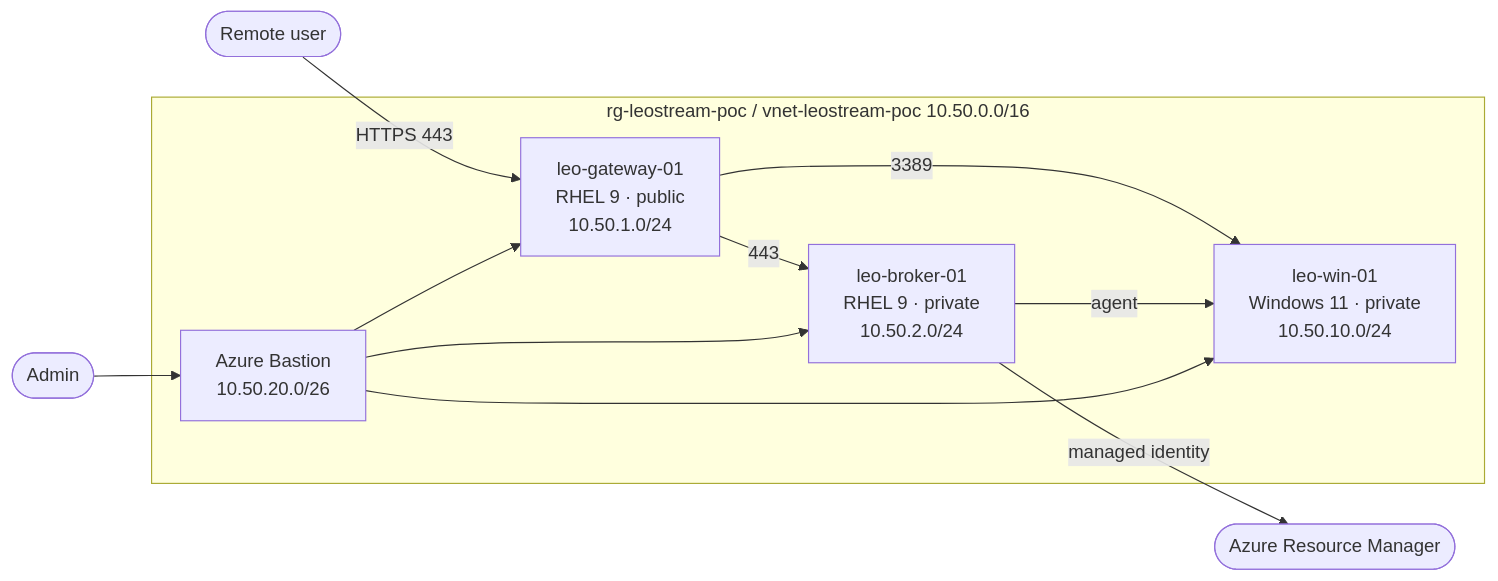
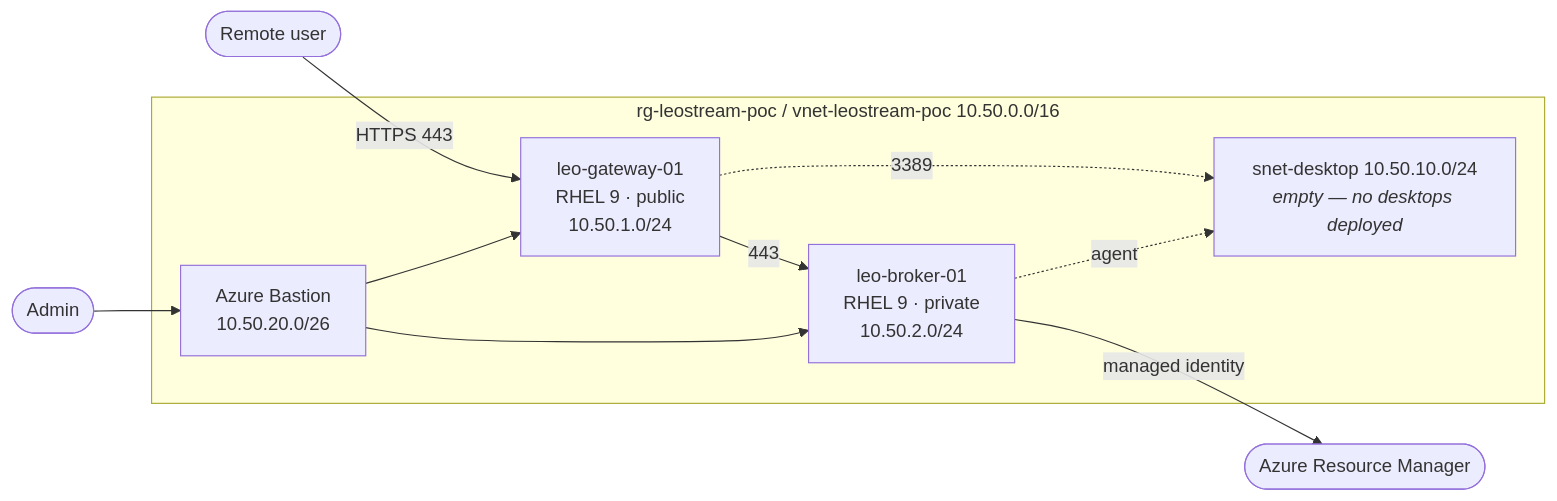
One commit to mehmetkadriumay/leostream-azure-poc changed the diagram in README.md. Above: the diagram before and after it, drawn with Mermaid. The commit also changed other lines of this file and 7 other files, not shown here.

First line of the commit message:
Remove the Windows desktop from the PoC

````diff
--- a/README.md
+++ b/README.md
@@ -35,20 +35,19 @@
 ```mermaid
 flowchart LR
     user([Remote user]) -->|HTTPS 443| gw
     admin([Admin]) --> bastion
 
     subgraph rg["rg-leostream-poc / vnet-leostream-poc 10.50.0.0/16"]
         gw["leo-gateway-01<br/>RHEL 9 · public<br/>10.50.1.0/24"]
         broker["leo-broker-01<br/>RHEL 9 · private<br/>10.50.2.0/24"]
-        win["leo-win-01<br/>Windows 11 · private<br/>10.50.10.0/24"]
+        win["snet-desktop 10.50.10.0/24<br/><i>empty — no desktops deployed</i>"]
         bastion["Azure Bastion<br/>10.50.20.0/26"]
     end
 
     gw -->|443| broker
-    gw -->|3389| win
-    broker -->|agent| win
+    gw -.->|3389| win
+    broker -.->|agent| win
     broker -->|managed identity| arm([Azure Resource Manager])
     bastion --> gw
     bastion --> broker
-    bastion --> win
 ```
````
